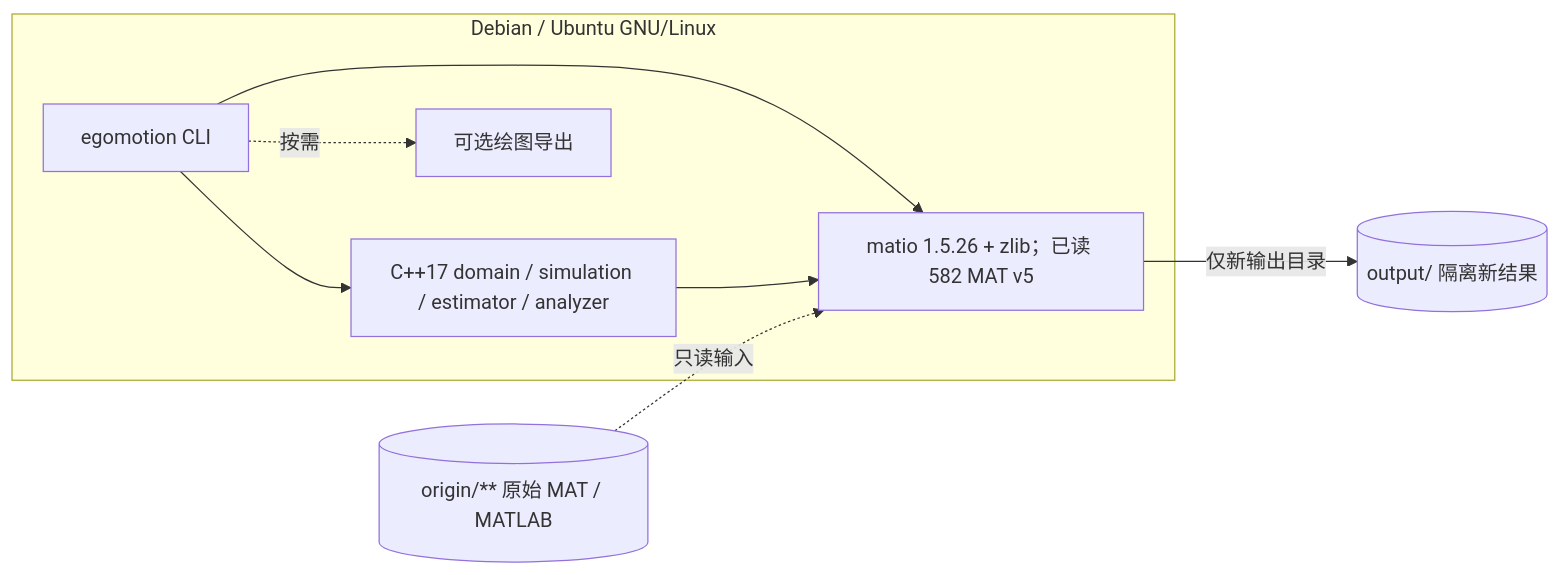
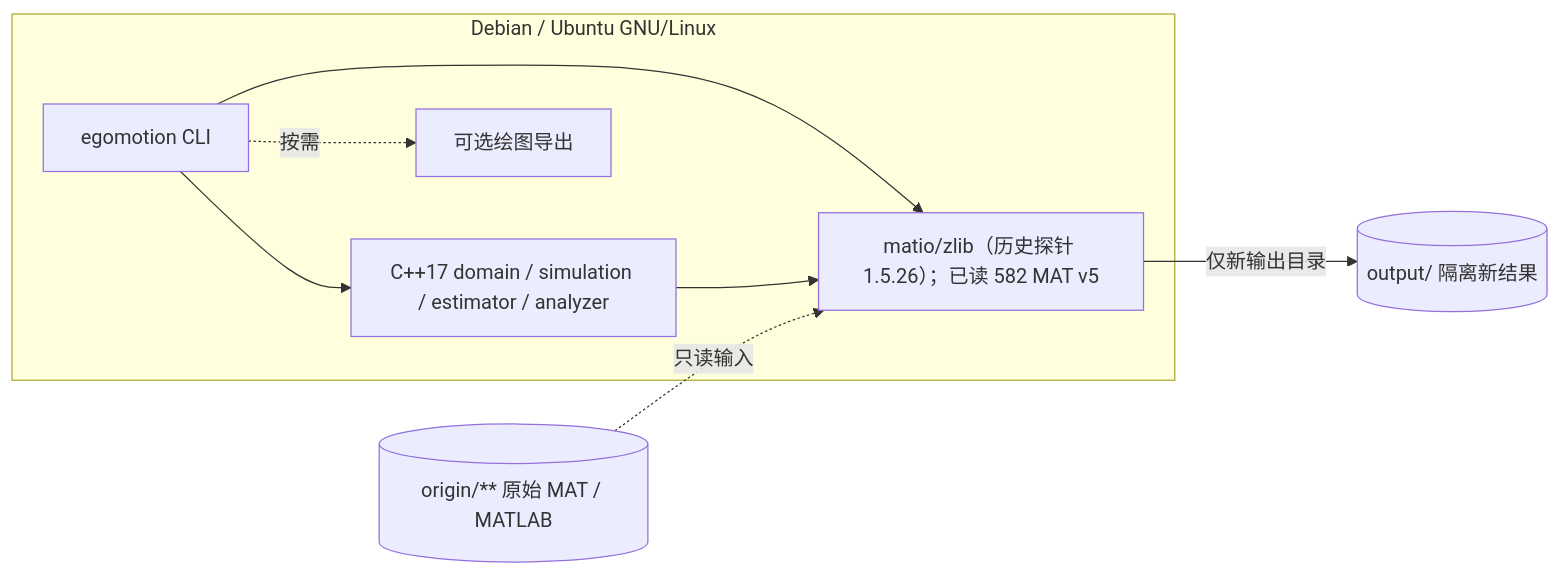
The second of 5 diagrams in docs/ARCHITECTURE.md (ncut-d1z/Egomotion-Estimation-with-Dense-Flow-Fields), drawn with Mermaid before and after one commit. The commit also changed other lines of this file, not shown here.

Commit message:
docs(review): align draft output boundary and evidence semantics in docs/ARCHITECTURE.md

````diff
--- a/docs/ARCHITECTURE.md
+++ b/docs/ARCHITECTURE.md
@@ -40,17 +40,17 @@
 ```mermaid
 flowchart LR
     subgraph host["Debian / Ubuntu GNU/Linux"]
         cli["egomotion CLI"]
         libs["C++17 domain / simulation / estimator / analyzer"]
-        io["matio 1.5.26 + zlib；已读 582 MAT v5"]
+        io["matio/zlib（历史探针 1.5.26）；已读 582 MAT v5"]
         plot["可选绘图导出"]
         cli --> libs
         cli --> io
         cli -.按需.-> plot
         libs --> io
     end
     raw[("origin/** 原始 MAT / MATLAB")]
     out[("output/<RunId> 隔离新结果")]
     raw -.只读输入.-> io
     io -->|"仅新输出目录"| out
 ```
````
